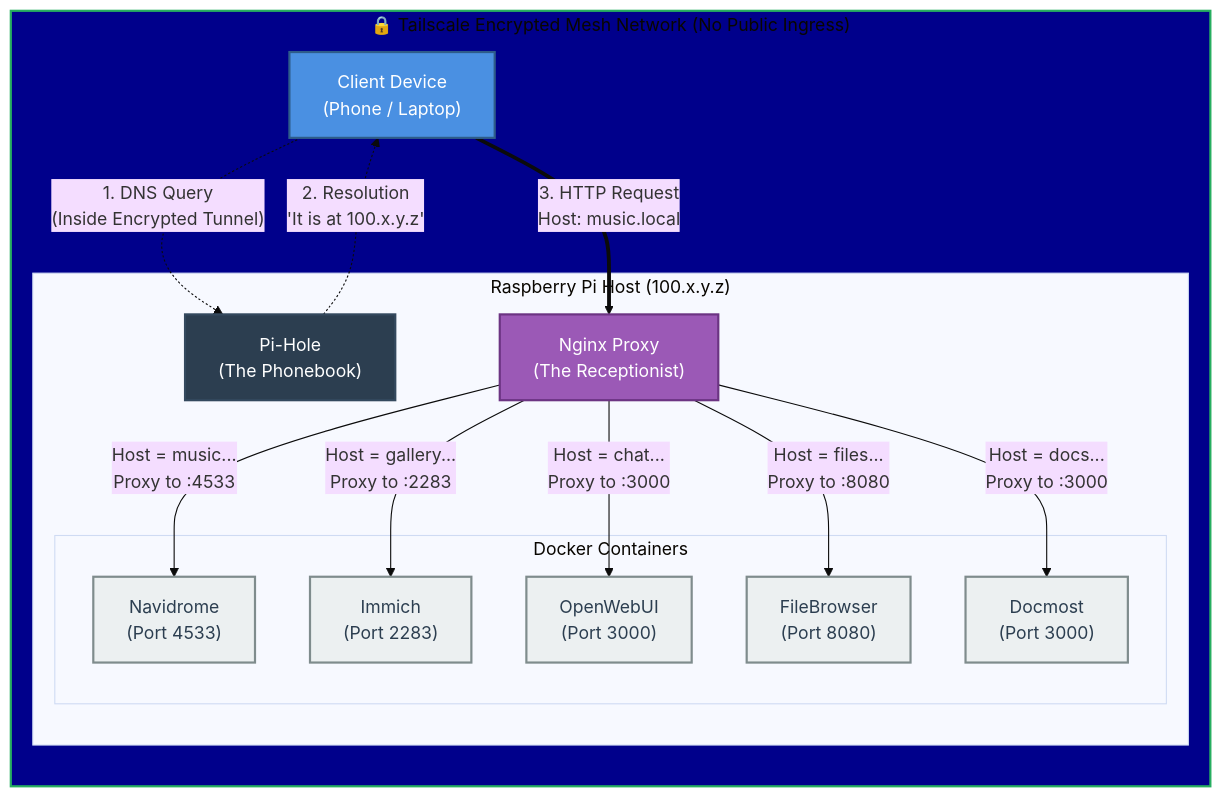
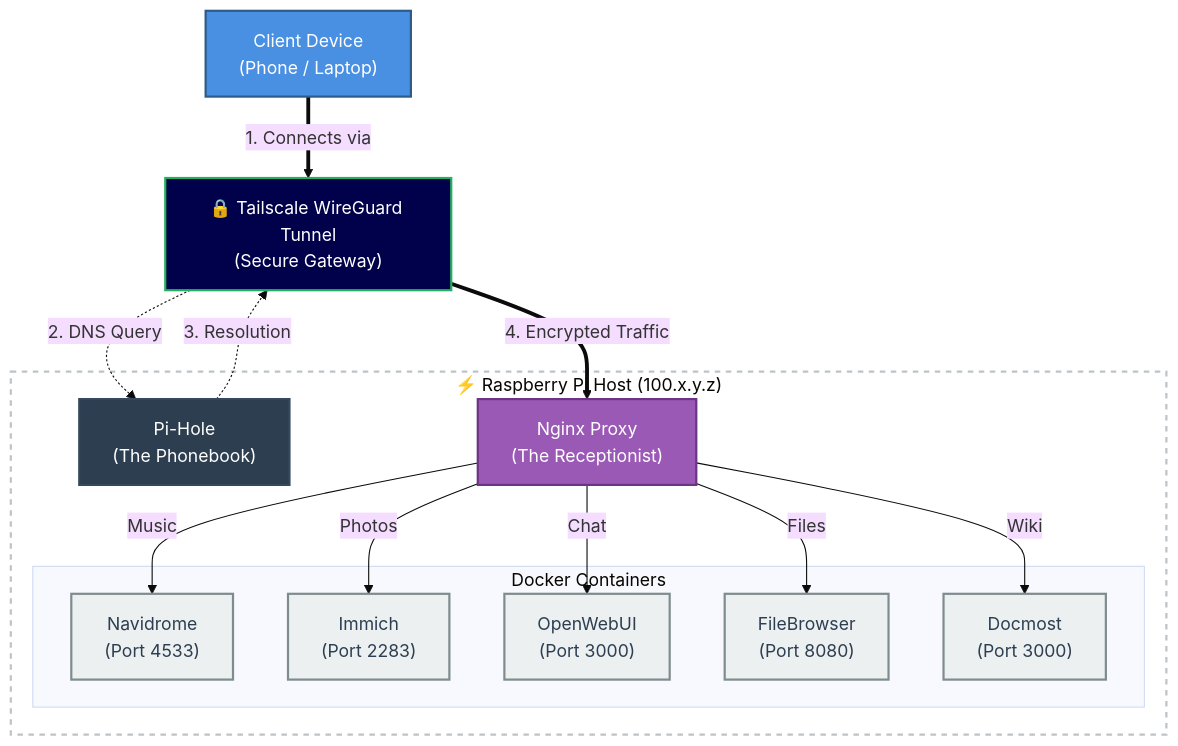
The diagram in README.md (spaceadler/homelab), drawn with Mermaid (base theme) before and after one commit.

````diff
--- a/README.md
+++ b/README.md
@@ -55,50 +55,52 @@
 ```mermaid
 graph TD
-     %% STYLING
+    %% STYLING
     classDef client fill:#4A90E2,stroke:#2E5C8A,stroke-width:2px,color:#fff;
     classDef dns fill:#2C3E50,stroke:#34495E,stroke-width:2px,color:#fff;
     classDef proxy fill:#9B59B6,stroke:#6C3483,stroke-width:2px,color:#fff;
     classDef service fill:#ECF0F1,stroke:#7F8C8D,stroke-width:2px,color:#2C3E50;
-    classDef mesh fill:#00008B,stroke:#27AE60,stroke-width:2px,stroke-dasharray:
+    classDef vpn fill:#00004B,stroke:#27AE60,stroke-width:2px,color:#fff; 
+    classDef host fill:#ffffff,stroke:#BDC3C7,stroke-width:2px,stroke-dasharray: 5 5;
 
-    %% --- THE SECURE BOX ---
-    subgraph Mesh ["🔒 Tailscale Encrypted Mesh Network (No Public Ingress)"]
-        direction TB
+    %% NODES
+    User["Client Device<br/>(Phone / Laptop)"]:::client
+    
+    %% THE VPN TUNNEL (The Box the phone goes through)
+    VPN["🔒 Tailscale WireGuard Tunnel<br/>(Secure Gateway)"]:::vpn
+
+    subgraph Host [" ⚡ Raspberry Pi Host (100.x.y.z) "]
         
-        %% NODES
-        User["Client Device<br/>(Phone / Laptop)"]:::client
+        PiHole["Pi-Hole<br/>(The Phonebook)"]:::dns
+        Nginx["Nginx Proxy<br/>(The Receptionist)"]:::proxy
         
-        subgraph Host [" Raspberry Pi Host (100.x.y.z) "]
-            
-            PiHole["Pi-Hole<br/>(The Phonebook)"]:::dns
-            Nginx["Nginx Proxy<br/>(The Receptionist)"]:::proxy
-            
-            subgraph Containers [" Docker Containers "]
-                Music["Navidrome<br/>(Port 4533)"]:::service
-                Immich["Immich<br/>(Port 2283)"]:::service
-                AI["OpenWebUI<br/>(Port 3000)"]:::service
-                Files["FileBrowser<br/>(Port 8080)"]:::service
-                Docs["Docmost<br/>(Port 3000)"]:::service
-            end
+        subgraph Containers [" Docker Containers "]
+            Music["Navidrome<br/>(Port 4533)"]:::service
+            Immich["Immich<br/>(Port 2283)"]:::service
+            AI["OpenWebUI<br/>(Port 3000)"]:::service
+            Files["FileBrowser<br/>(Port 8080)"]:::service
+            Docs["Docmost<br/>(Port 3000)"]:::service
         end
     end
 
     %% LOGIC FLOW
     
-    %% Step 1: DNS
-    User -.->|"1. DNS Query<br/>(Inside Encrypted Tunnel)"| PiHole
-    PiHole -.->|"2. Resolution<br/>'It is at 100.x.y.z'"| User
+    %% Step 1: The Secure Connection
+    User ==>|"1. Connects via"| VPN
 
-    %% Step 2: Traffic
-    User ==>|"3. HTTP Request<br/>Host: music.local"| Nginx
+    %% Step 2: DNS (Through the Tunnel)
+    VPN -.->|"2. DNS Query"| PiHole
+    PiHole -.->|"3. Resolution"| VPN
 
-    %% Step 3: Routing
-    Nginx -->|"Host = music...<br/>Proxy to :4533"| Music
-    Nginx -->|"Host = gallery...<br/>Proxy to :2283"| Immich
-    Nginx -->|"Host = chat...<br/>Proxy to :3000"| AI
-    Nginx -->|"Host = files...<br/>Proxy to :8080"| Files
-    Nginx -->|"Host = docs...<br/>Proxy to :3000"| Docs
+    %% Step 3: Traffic (Through the Tunnel to Nginx)
+    VPN ==>|"4. Encrypted Traffic"| Nginx
 
-    %% Apply Mesh Style
-    class Mesh mesh;
+    %% Step 4: Internal Routing
+    Nginx -->|"Music"| Music
+    Nginx -->|"Photos"| Immich
+    Nginx -->|"Chat"| AI
+    Nginx -->|"Files"| Files
+    Nginx -->|"Wiki"| Docs
+
+    %% Style the Host box
+    class Host host;
 ```
````
